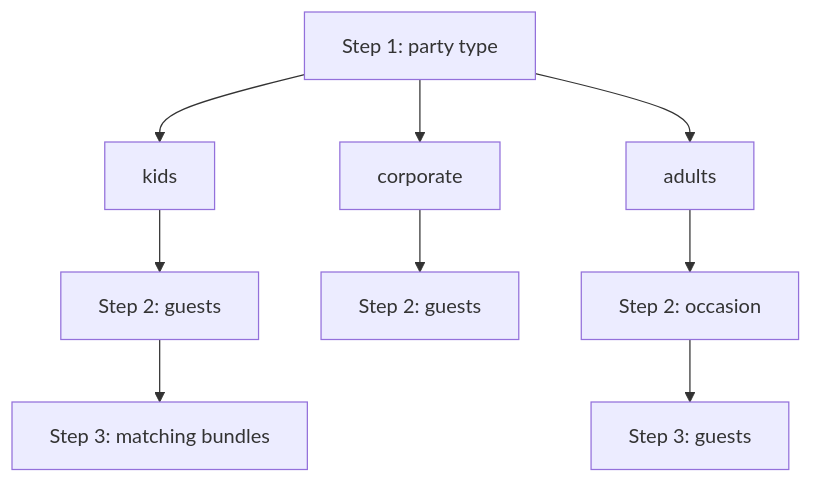
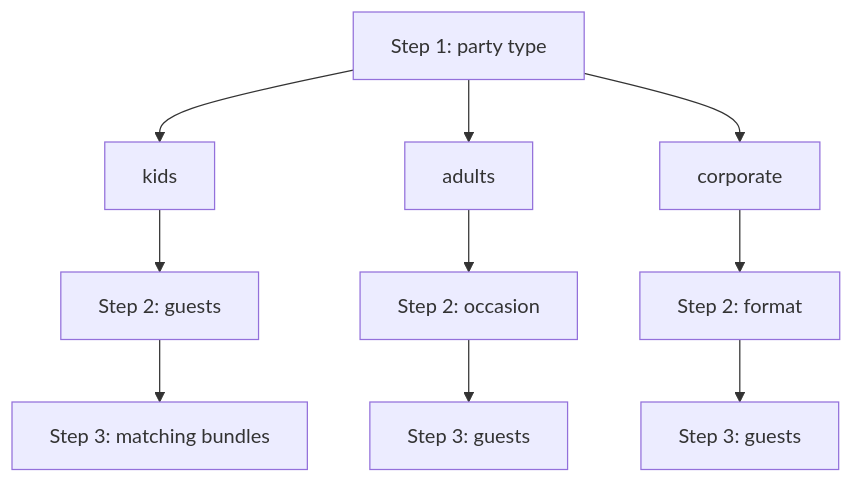
Before and after one commit to Wjooh/prototype: the diagram in docs/assistant.md, drawn with Mermaid. The commit also changed other lines of this file and 6 other files, not shown here.

````diff
--- a/docs/assistant.md
+++ b/docs/assistant.md
@@ -17,13 +17,14 @@
 ```mermaid
 flowchart TD
   S1[Step 1: party type] --> Kids[kids]
   S1 --> Adults[adults]
   S1 --> Corp[corporate]
 
   Kids --> K2[Step 2: guests]
-  Corp --> C2[Step 2: guests]
   Adults --> A2[Step 2: occasion]
+  Corp --> C2[Step 2: format]
 
   K2 --> K3[Step 3: matching bundles]
   A2 --> A3[Step 3: guests]
+  C2 --> C3[Step 3: guests]
 ```
````
